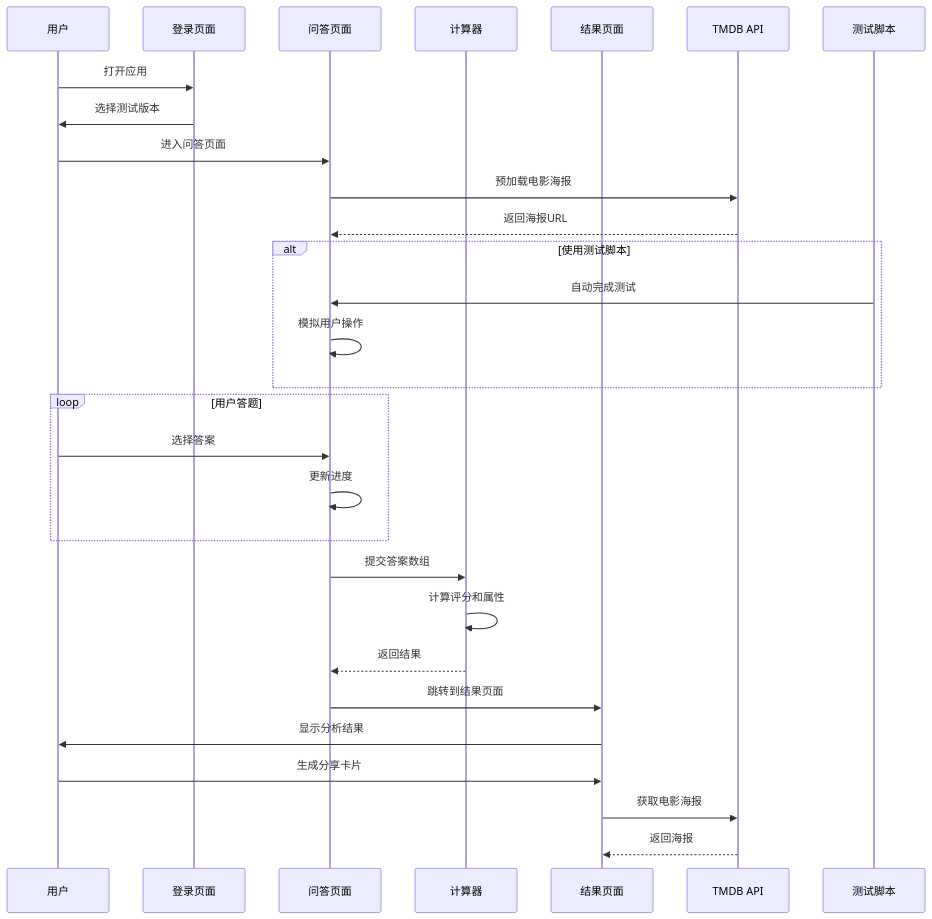
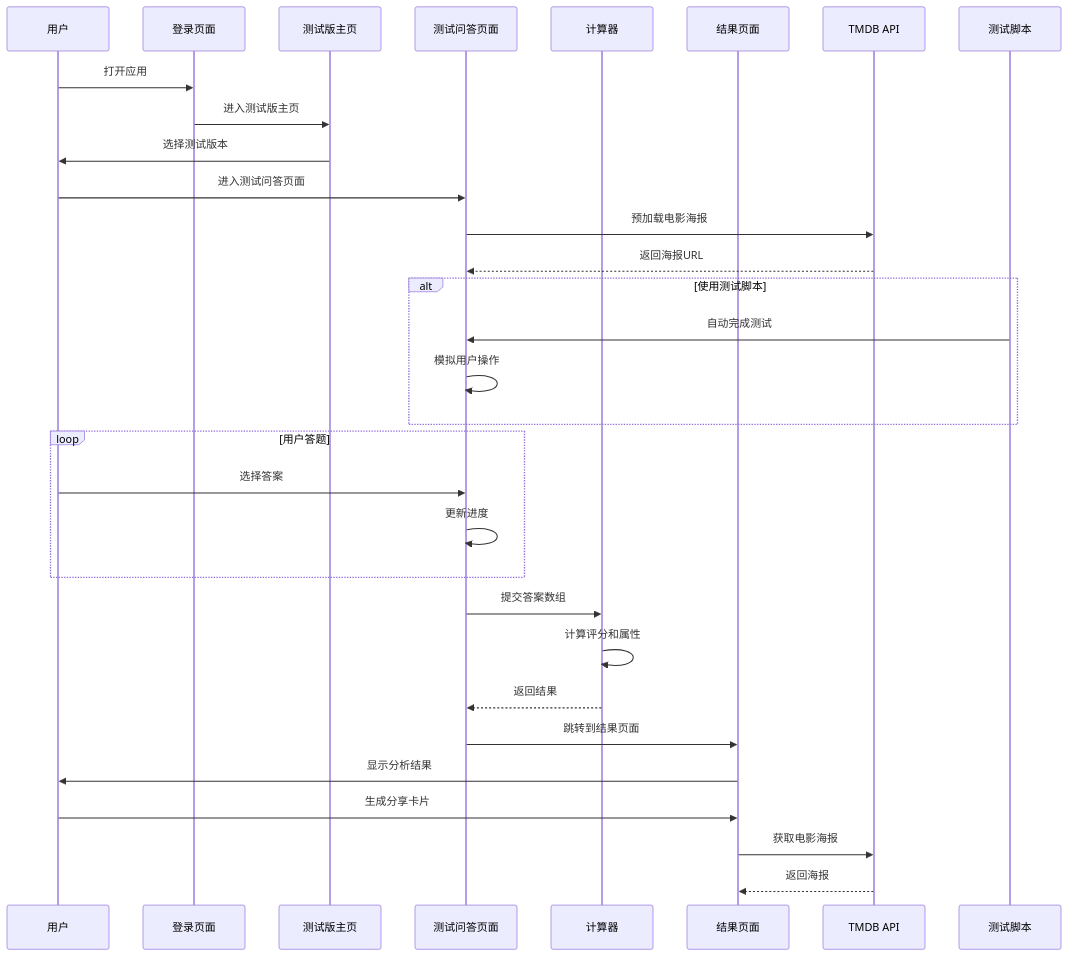
The second of 6 diagrams in .qoder/repowiki/zh/content/核心功能模块/双版本测试系统.md (Dragon0412/fbti-app), drawn with Mermaid before and after one commit. The commit also changed other lines of this file and 14 other files, not shown here.

````diff
--- a/.qoder/repowiki/zh/content/核心功能模块/双版本测试系统.md
+++ b/.qoder/repowiki/zh/content/核心功能模块/双版本测试系统.md
@@ -149,31 +168,33 @@
 ```mermaid
 sequenceDiagram
 participant U as 用户
 participant L as 登录页面
-participant Q as 问答页面
+participant TP as 测试版主页
+participant Q as 测试问答页面
 participant C as 计算器
 participant R as 结果页面
 participant T as TMDB API
 participant S as 测试脚本
 U->>L : 打开应用
-L->>U : 选择测试版本
-U->>Q : 进入问答页面
+L->>TP : 进入测试版主页
+TP->>U : 选择测试版本
+U->>Q : 进入测试问答页面
 Q->>T : 预加载电影海报
 T-->>Q : 返回海报URL
 alt 使用测试脚本
 S->>Q : 自动完成测试
 Q->>Q : 模拟用户操作
 end
 loop 用户答题
 U->>Q : 选择答案
 Q->>Q : 更新进度
 end
 Q->>C : 提交答案数组
 C->>C : 计算评分和属性
 C-->>Q : 返回结果
 Q->>R : 跳转到结果页面
 R->>U : 显示分析结果
 U->>R : 生成分享卡片
 R->>T : 获取电影海报
 T-->>R : 返回海报
 ```
````
